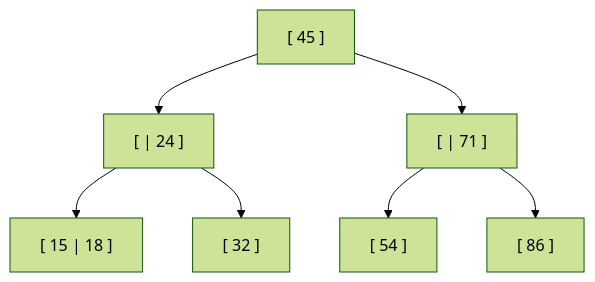
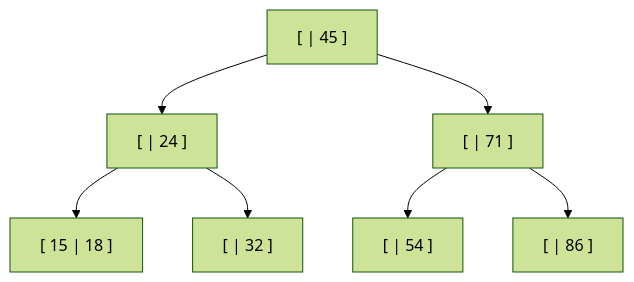
The fourth of 7 diagrams in Unidad 6 Estructuras de Datos no lineales/Árbol2-3-EjercicioParcial.md (IvasiutaM/Algoritmos-II-Consulta), drawn with Mermaid (forest theme) before and after one commit. The commit also changed other lines of this file, not shown here.

````diff
--- a/Unidad 6 Estructuras de Datos no lineales/Árbol2-3-EjercicioParcial.md
+++ b/Unidad 6 Estructuras de Datos no lineales/Árbol2-3-EjercicioParcial.md
@@ -57,21 +57,21 @@
 ```mermaid
 graph TD
-    A["[ 45 ]"]
+    A["[ | 45 ]"]
 
     B["[ | 24 ]"]
     C["[ | 71 ]"]
 
     D["[ 15 | 18 ]"]
-    E["[ 32 ]"]
-    F["[ 54 ]"]
-    G["[ 86 ]"]
+    E["[ | 32 ]"]
+    F["[ | 54 ]"]
+    G["[ | 86 ]"]
 
     A --> B
     A --> C
 
     B --> D
     B --> E
 
     C --> F
     C --> G
 ```
````
